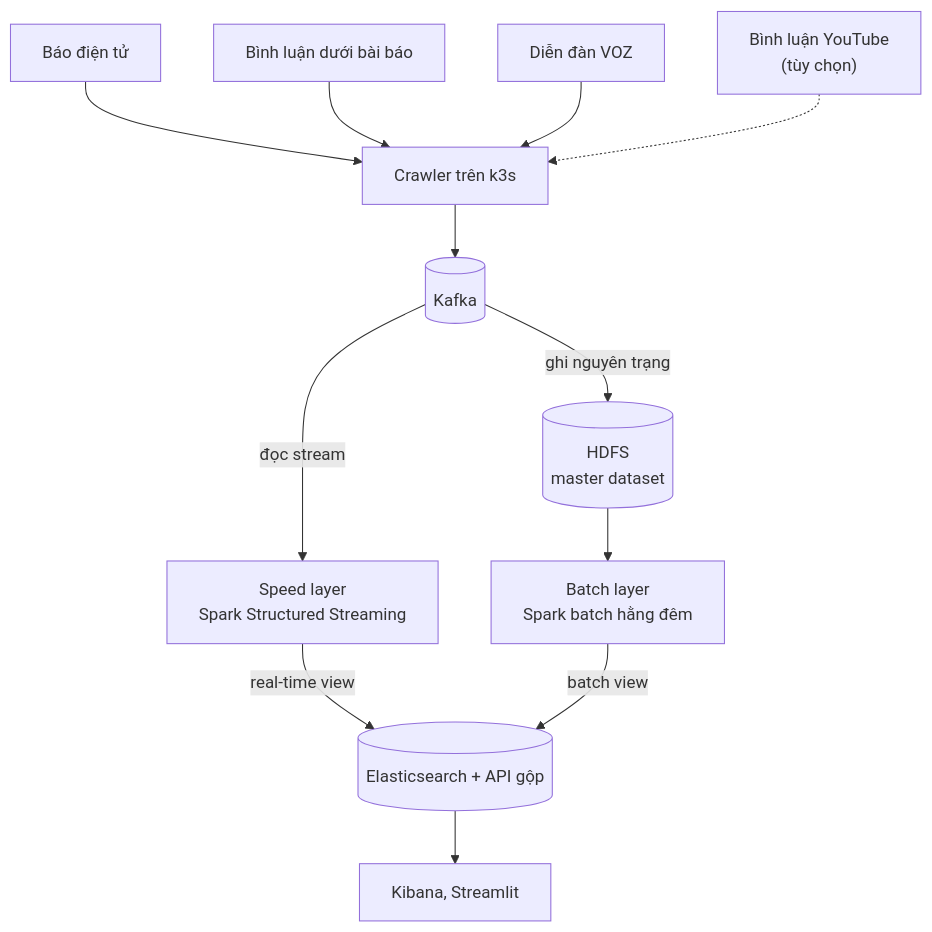
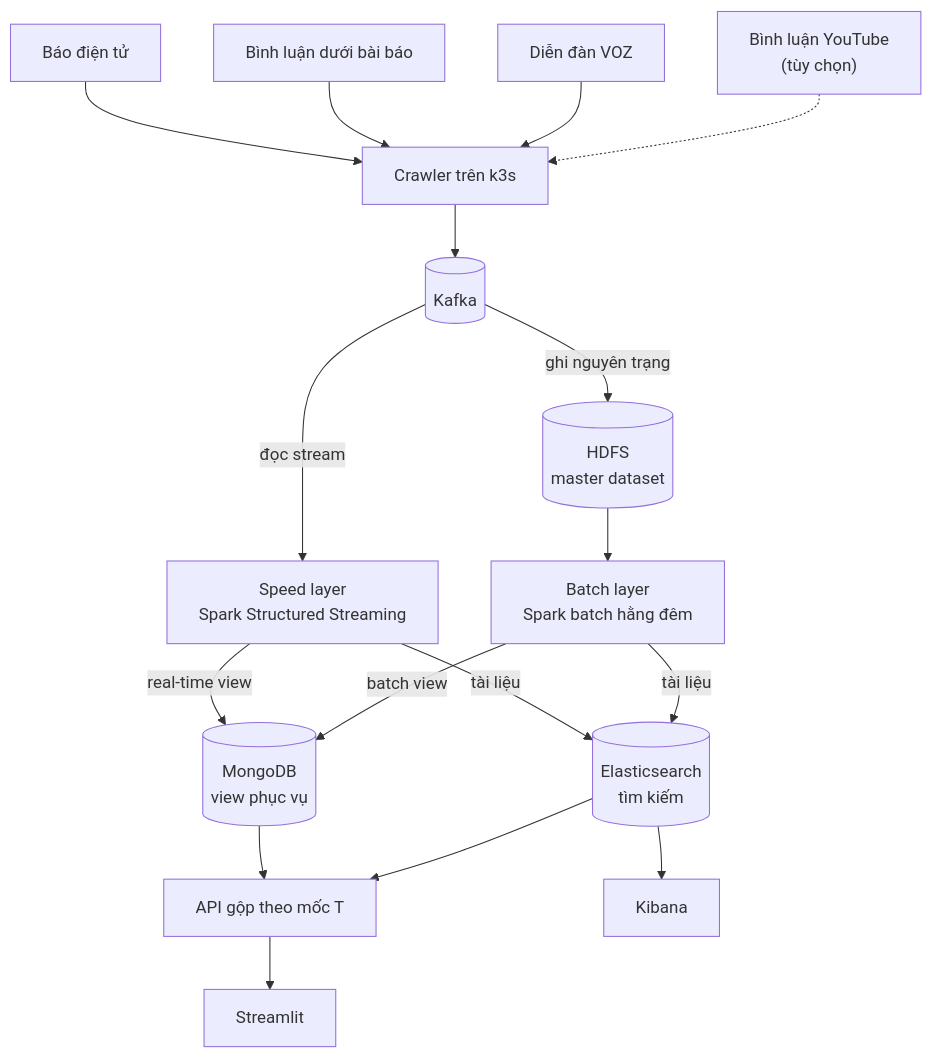
The diagram in VietPulse-Plan-and-Tracker.md (Thach375/VietPulse), drawn with Mermaid before and after one commit. The commit also changed other lines of this file and 23 other files, not shown here.

````diff
--- a/VietPulse-Plan-and-Tracker.md
+++ b/VietPulse-Plan-and-Tracker.md
@@ -42,14 +42,19 @@
 ```mermaid
 flowchart TD
     A["Báo điện tử"] --> C["Crawler trên k3s"]
     B["Bình luận dưới bài báo"] --> C
     V["Diễn đàn VOZ"] --> C
     Y["Bình luận YouTube<br/>(tùy chọn)"] -.-> C
     C --> K[("Kafka")]
     K -->|đọc stream| S["Speed layer<br/>Spark Structured Streaming"]
     K -->|ghi nguyên trạng| H[("HDFS<br/>master dataset")]
     H --> BL["Batch layer<br/>Spark batch hằng đêm"]
-    S -->|real-time view| E[("Elasticsearch + API gộp")]
-    BL -->|batch view| E
-    E --> D["Kibana, Streamlit"]
+    S -->|real-time view| M[("MongoDB<br/>view phục vụ")]
+    BL -->|batch view| M
+    S -->|tài liệu| ES[("Elasticsearch<br/>tìm kiếm")]
+    BL -->|tài liệu| ES
+    M --> API["API gộp theo mốc T"]
+    ES --> API
+    API --> ST["Streamlit"]
+    ES --> KB["Kibana"]
 ```
````
